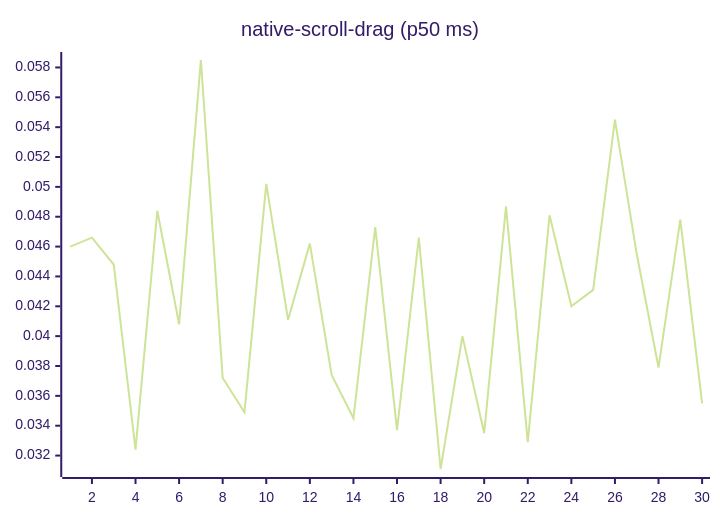
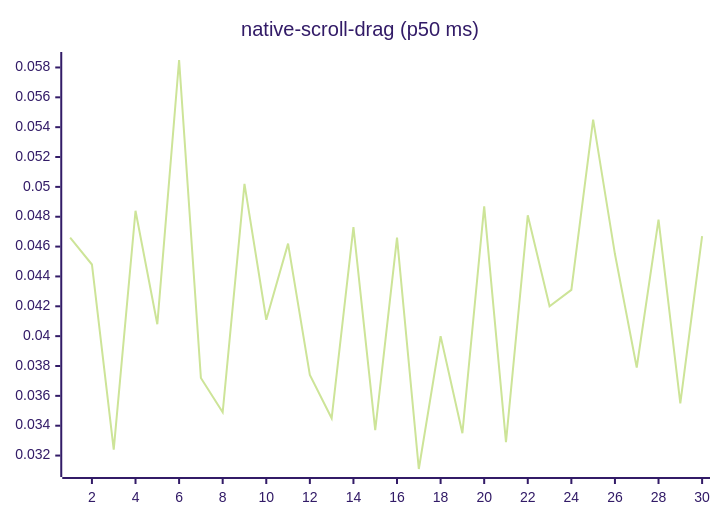
Diagram 14 of 27 in README.md (josha/Facet), drawn with Mermaid (forest theme) before and after one commit. The commit also changed other lines of this file and 2 other files, not shown here.

````diff
--- a/README.md
+++ b/README.md
@@ -154,6 +154,6 @@
 ```mermaid
 xychart-beta
     title "native-scroll-drag (p50 ms)"
     x-axis 1 --> 30
-    line [0.0460, 0.0466, 0.0448, 0.0324, 0.0484, 0.0408, 0.0585, 0.0372, 0.0349, 0.0502, 0.0411, 0.0462, 0.0374, 0.0345, 0.0473, 0.0337, 0.0466, 0.0311, 0.0400, 0.0335, 0.0487, 0.0329, 0.0481, 0.0420, 0.0431, 0.0545, 0.0455, 0.0379, 0.0478, 0.0355]
+    line [0.0466, 0.0448, 0.0324, 0.0484, 0.0408, 0.0585, 0.0372, 0.0349, 0.0502, 0.0411, 0.0462, 0.0374, 0.0345, 0.0473, 0.0337, 0.0466, 0.0311, 0.0400, 0.0335, 0.0487, 0.0329, 0.0481, 0.0420, 0.0431, 0.0545, 0.0455, 0.0379, 0.0478, 0.0355, 0.0467]
 ```
````
